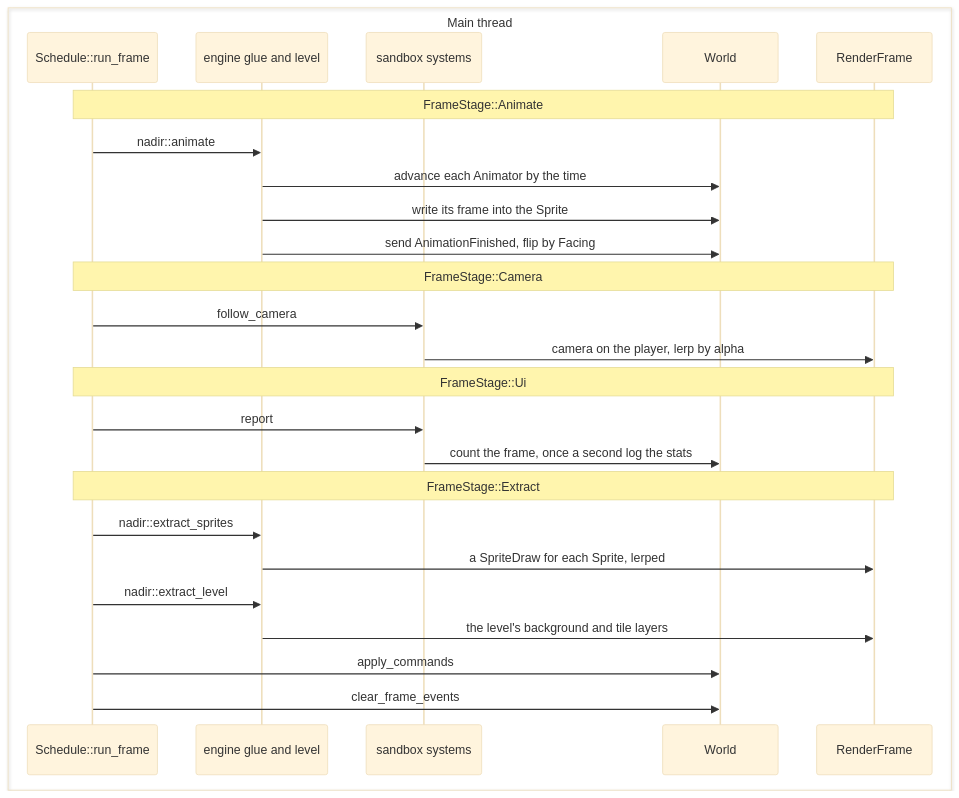
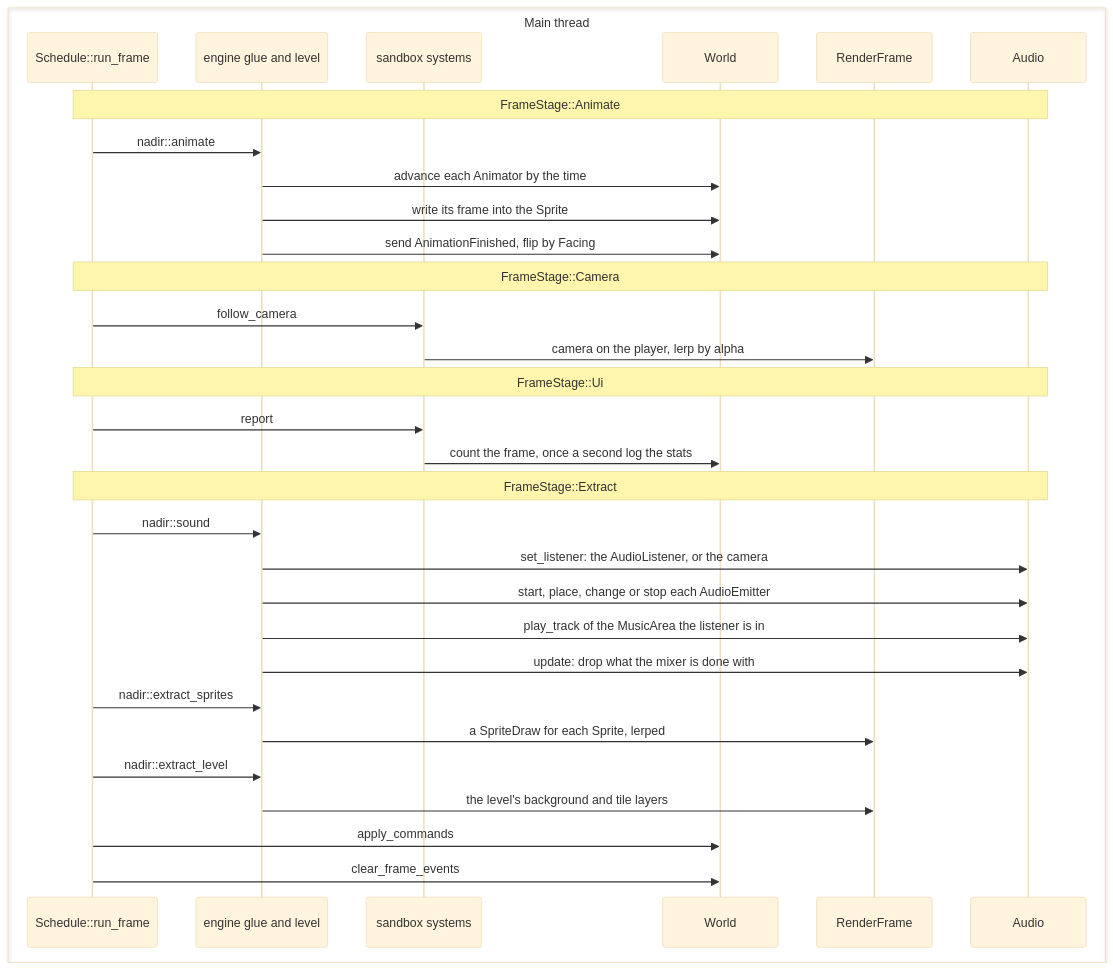
The sixth of 12 diagrams in diagrams/game-loop-sequence.md (jabbott-iii/Nadir), drawn with Mermaid (base theme) before and after one commit. The commit also changed other lines of this file and 35 other files, not shown here.

````diff
--- a/diagrams/game-loop-sequence.md
+++ b/diagrams/game-loop-sequence.md
@@ -314,29 +341,35 @@
 ```mermaid
 sequenceDiagram
     box Main thread
         participant Sch as Schedule::run_frame
         participant Eng as engine glue and level
         participant Game as sandbox systems
         participant Wld as World
         participant RF as RenderFrame
+        participant Aud as Audio
     end
 
-    Note over Sch,RF: FrameStage::Animate
+    Note over Sch,Aud: FrameStage::Animate
     Sch->>Eng: nadir::animate
     Eng->>Wld: advance each Animator by the time
     Eng->>Wld: write its frame into the Sprite
     Eng->>Wld: send AnimationFinished, flip by Facing
-    Note over Sch,RF: FrameStage::Camera
+    Note over Sch,Aud: FrameStage::Camera
     Sch->>Game: follow_camera
     Game->>RF: camera on the player, lerp by alpha
-    Note over Sch,RF: FrameStage::Ui
+    Note over Sch,Aud: FrameStage::Ui
     Sch->>Game: report
     Game->>Wld: count the frame, once a second log the stats
-    Note over Sch,RF: FrameStage::Extract
+    Note over Sch,Aud: FrameStage::Extract
+    Sch->>Eng: nadir::sound
+    Eng->>Aud: set_listener: the AudioListener, or the camera
+    Eng->>Aud: start, place, change or stop each AudioEmitter
+    Eng->>Aud: play_track of the MusicArea the listener is in
+    Eng->>Aud: update: drop what the mixer is done with
     Sch->>Eng: nadir::extract_sprites
     Eng->>RF: a SpriteDraw for each Sprite, lerped
     Sch->>Eng: nadir::extract_level
     Eng->>RF: the level's background and tile layers
     Sch->>Wld: apply_commands
     Sch->>Wld: clear_frame_events
 ```
````
